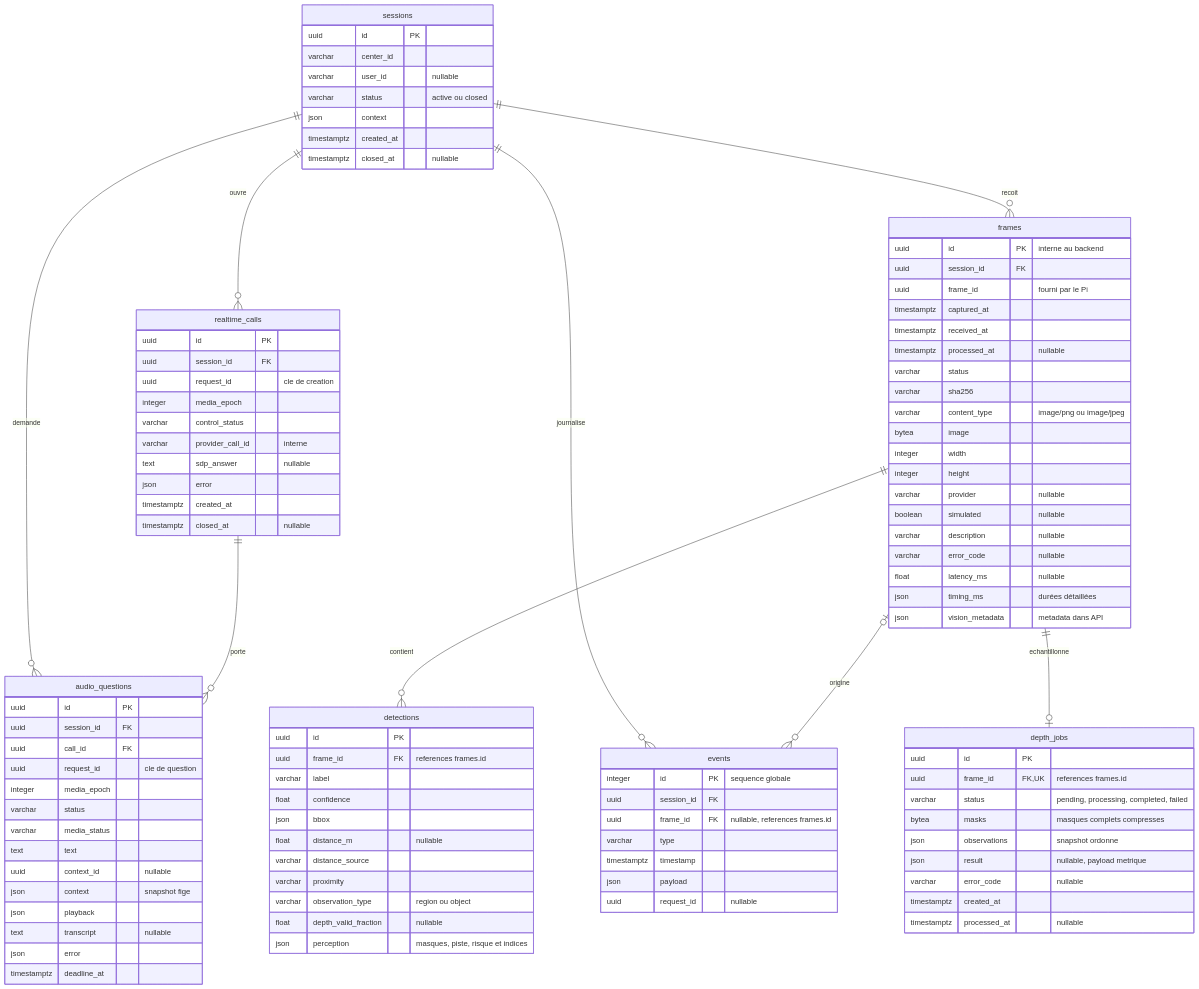
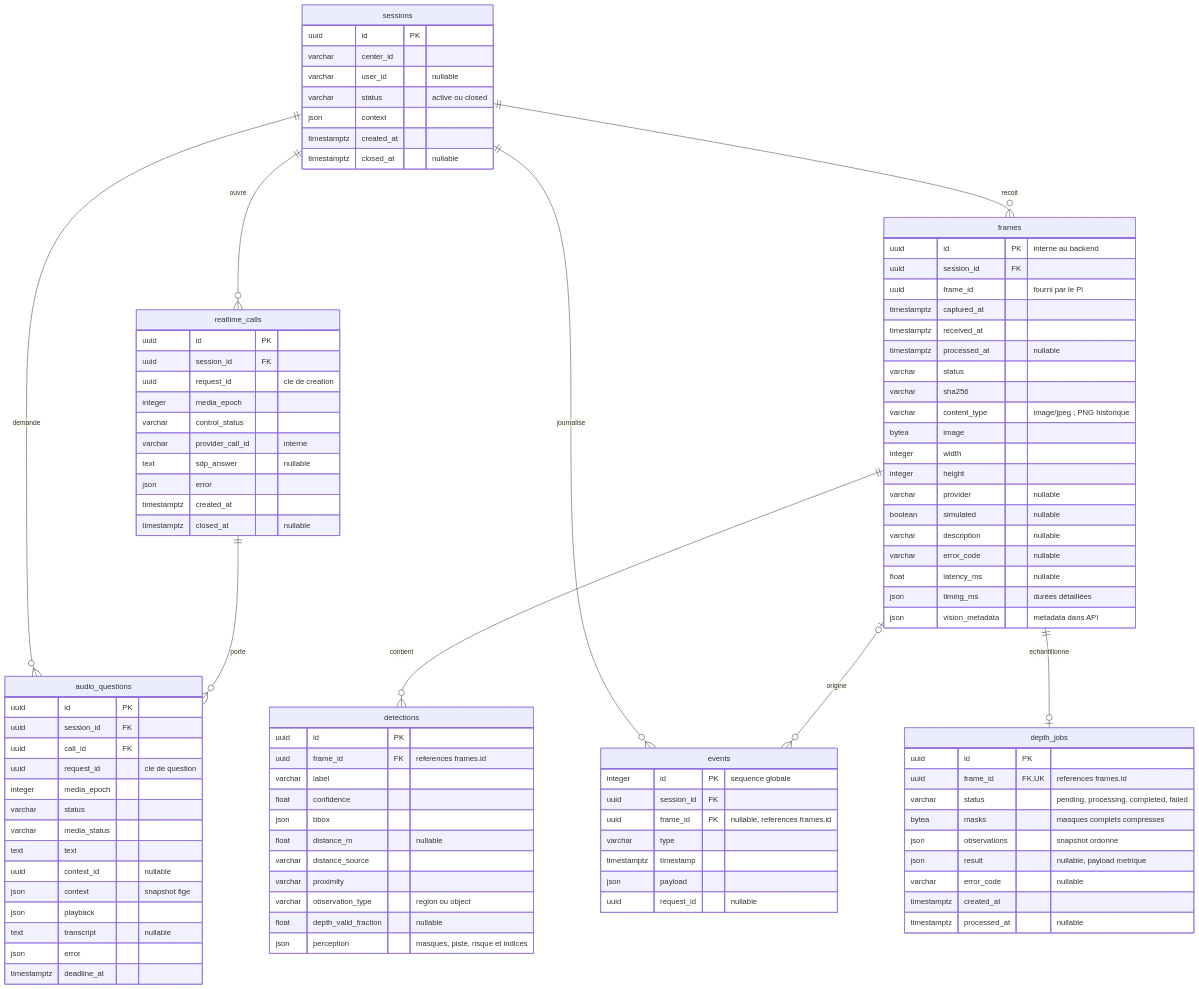
The diagram in docs/diagrams/04-base-de-donnees.mmd (Mindsept/Looki--Vision), drawn with Mermaid before and after one commit. The commit also changed 26 other files, not shown here.

```diff
--- a/docs/diagrams/04-base-de-donnees.mmd
+++ b/docs/diagrams/04-base-de-donnees.mmd
@@ -1,101 +1,101 @@
 %% LOOKi - diagramme détaillé dans ../02-base-de-donnees.md
 erDiagram
     sessions ||--o{ realtime_calls : ouvre
     sessions ||--o{ audio_questions : demande
     realtime_calls ||--o{ audio_questions : porte
     sessions ||--o{ frames : recoit
     sessions ||--o{ events : journalise
     frames ||--o{ detections : contient
     frames o|--o{ events : origine
     frames ||--o| depth_jobs : echantillonne
     sessions {
         uuid id PK
         varchar center_id
         varchar user_id "nullable"
         varchar status "active ou closed"
         json context
         timestamptz created_at
         timestamptz closed_at "nullable"
     }
     frames {
         uuid id PK "interne au backend"
         uuid session_id FK
         uuid frame_id "fourni par le Pi"
         timestamptz captured_at
         timestamptz received_at
         timestamptz processed_at "nullable"
         varchar status
         varchar sha256
-        varchar content_type "image/png ou image/jpeg"
+        varchar content_type "image/jpeg ; PNG historique"
         bytea image
         integer width
         integer height
         varchar provider "nullable"
         boolean simulated "nullable"
         varchar description "nullable"
         varchar error_code "nullable"
         float latency_ms "nullable"
         json timing_ms "durées détaillées"
         json vision_metadata "metadata dans API"
     }
     detections {
         uuid id PK
         uuid frame_id FK "references frames.id"
         varchar label
         float confidence
         json bbox
         float distance_m "nullable"
         varchar distance_source
         varchar proximity
         varchar observation_type "region ou object"
         float depth_valid_fraction "nullable"
         json perception "masques, piste, risque et indices"
     }
     events {
         integer id PK "sequence globale"
         uuid session_id FK
         uuid frame_id FK "nullable, references frames.id"
         varchar type
         timestamptz timestamp
         json payload
         uuid request_id "nullable"
     }
     depth_jobs {
         uuid id PK
         uuid frame_id FK,UK "references frames.id"
         varchar status "pending, processing, completed, failed"
         bytea masks "masques complets compresses"
         json observations "snapshot ordonne"
         json result "nullable, payload metrique"
         varchar error_code "nullable"
         timestamptz created_at
         timestamptz processed_at "nullable"
     }
     realtime_calls {
         uuid id PK
         uuid session_id FK
         uuid request_id "cle de creation"
         integer media_epoch
         varchar control_status
         varchar provider_call_id "interne"
         text sdp_answer "nullable"
         json error
         timestamptz created_at
         timestamptz closed_at "nullable"
     }
     audio_questions {
         uuid id PK
         uuid session_id FK
         uuid call_id FK
         uuid request_id "cle de question"
         integer media_epoch
         varchar status
         varchar media_status
         text text
         uuid context_id "nullable"
         json context "snapshot fige"
         json playback
         text transcript "nullable"
         json error
         timestamptz deadline_at
     }
```
